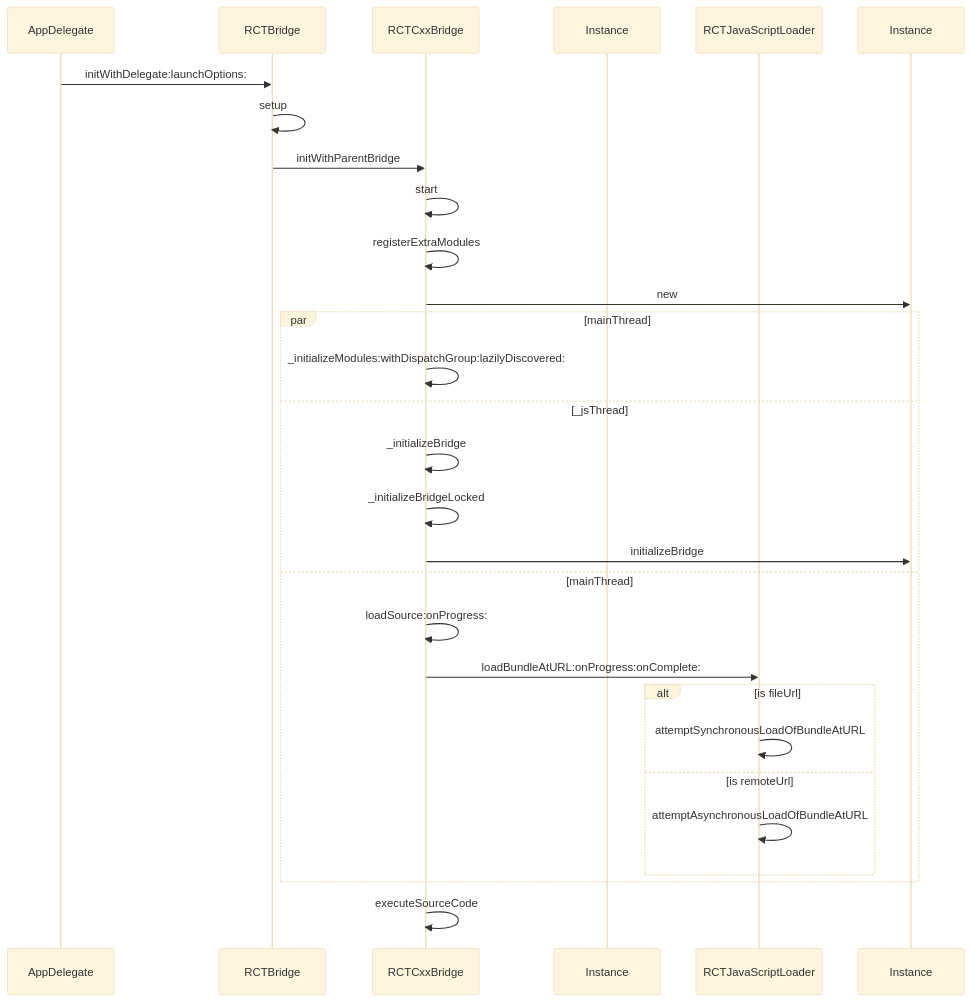
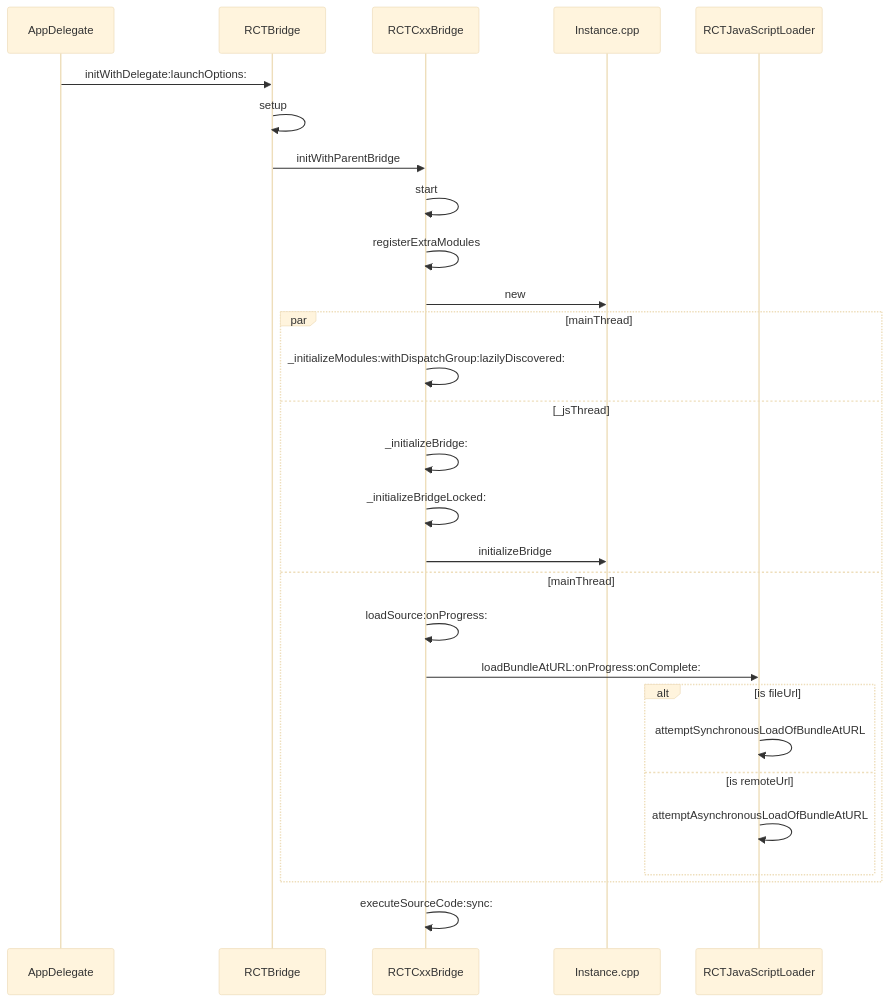
One commit to yianzhou/yianzhou.github.io changed the first of 2 diagrams in _posts/apple/2021-04-26-react.md. Above: the diagram before and after it, drawn with Mermaid (base theme). The commit also changed other lines of this file and 1 other file, not shown here.

```diff
--- a/_posts/apple/2021-04-26-react.md
+++ b/_posts/apple/2021-04-26-react.md
@@ -197,30 +197,30 @@
 <div class="mermaid">
 sequenceDiagram
     participant AppDelegate
     participant RCTBridge
     participant RCTCxxBridge
-    participant Instance.cpp as Instance
+    participant Instance as Instance.cpp
     participant RCTJavaScriptLoader
     AppDelegate->>RCTBridge: initWithDelegate:launchOptions:
     RCTBridge->>RCTBridge: setup
     RCTBridge->>RCTCxxBridge: initWithParentBridge
     RCTCxxBridge->>RCTCxxBridge: start
     RCTCxxBridge->>RCTCxxBridge: registerExtraModules
     RCTCxxBridge->>Instance: new
     par mainThread
     RCTCxxBridge->>RCTCxxBridge: _initializeModules:withDispatchGroup:lazilyDiscovered:
     and _jsThread
-    RCTCxxBridge->>RCTCxxBridge:_initializeBridge
-    RCTCxxBridge->>RCTCxxBridge:_initializeBridgeLocked
+    RCTCxxBridge->>RCTCxxBridge: _initializeBridge:
+    RCTCxxBridge->>RCTCxxBridge: _initializeBridgeLocked:
     RCTCxxBridge->>Instance: initializeBridge
     and mainThread
     RCTCxxBridge->>RCTCxxBridge: loadSource:onProgress:
     RCTCxxBridge->>RCTJavaScriptLoader: loadBundleAtURL:onProgress:onComplete:
     alt is fileUrl
     RCTJavaScriptLoader->>RCTJavaScriptLoader: attemptSynchronousLoadOfBundleAtURL
     else is remoteUrl
     RCTJavaScriptLoader->>RCTJavaScriptLoader: attemptAsynchronousLoadOfBundleAtURL
     end
     end
-    RCTCxxBridge->>RCTCxxBridge: executeSourceCode
+    RCTCxxBridge->>RCTCxxBridge: executeSourceCode:sync:
 </div>
```
